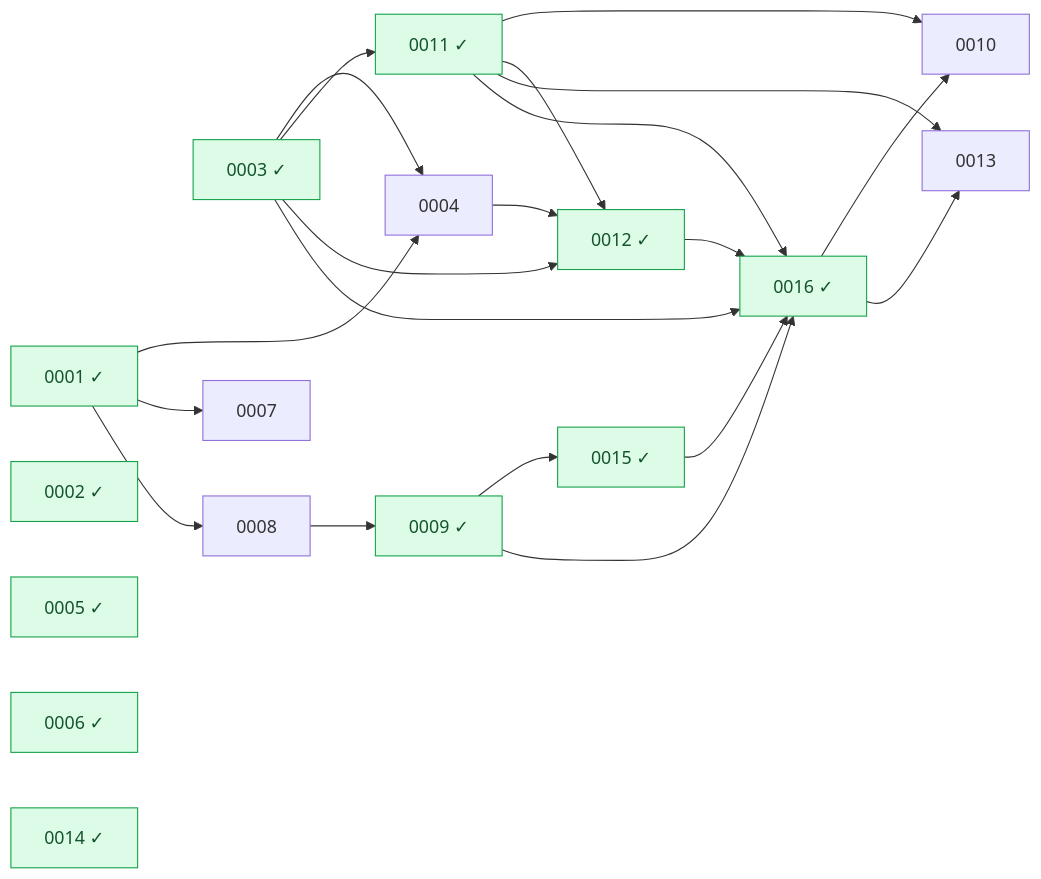
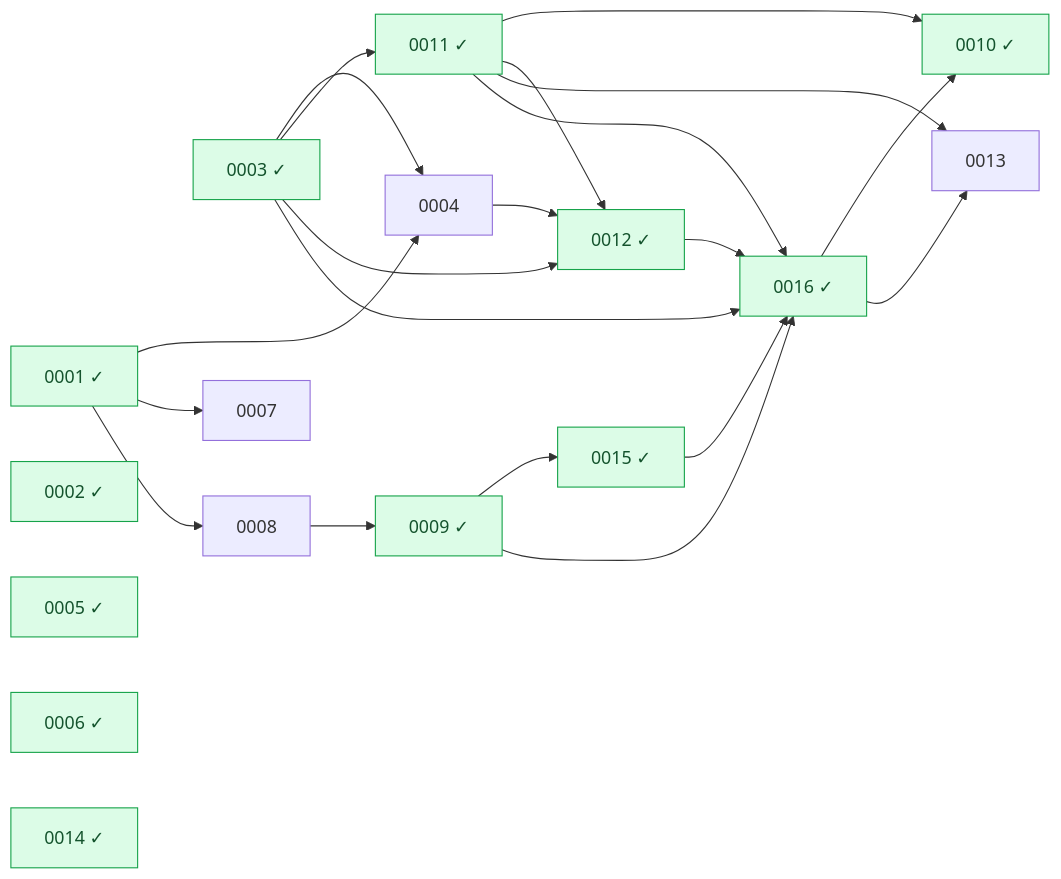
One commit to Heva-Co/piro changed the diagram in docs/rfcs/README.md. Above: the diagram before and after it, drawn with Mermaid. The commit also changed other lines of this file and 1 other file, not shown here.

````diff
--- a/docs/rfcs/README.md
+++ b/docs/rfcs/README.md
@@ -40,50 +40,51 @@
 ```mermaid
 graph LR
   n0001["0001 ✓"]
   n0002["0002 ✓"]
   n0003["0003 ✓"]
   n0004["0004"]
   n0005["0005 ✓"]
   n0006["0006 ✓"]
   n0007["0007"]
   n0008["0008"]
   n0009["0009 ✓"]
-  n0010["0010"]
+  n0010["0010 ✓"]
   n0011["0011 ✓"]
   n0012["0012 ✓"]
   n0013["0013"]
   n0014["0014 ✓"]
   n0015["0015 ✓"]
   n0016["0016 ✓"]
   n0001 --> n0004
   n0003 --> n0004
   n0001 --> n0007
   n0001 --> n0008
   n0008 --> n0009
   n0011 --> n0010
   n0016 --> n0010
   n0003 --> n0011
   n0003 --> n0012
   n0004 --> n0012
   n0011 --> n0012
   n0011 --> n0013
   n0016 --> n0013
   n0009 --> n0015
   n0003 --> n0016
   n0009 --> n0016
   n0011 --> n0016
   n0012 --> n0016
   n0015 --> n0016
   classDef done fill:#dcfce7,stroke:#16a34a,color:#14532d;
   class n0001 done;
   class n0002 done;
   class n0003 done;
   class n0005 done;
   class n0006 done;
   class n0009 done;
+  class n0010 done;
   class n0011 done;
   class n0012 done;
   class n0014 done;
   class n0015 done;
   class n0016 done;
 ```
````
